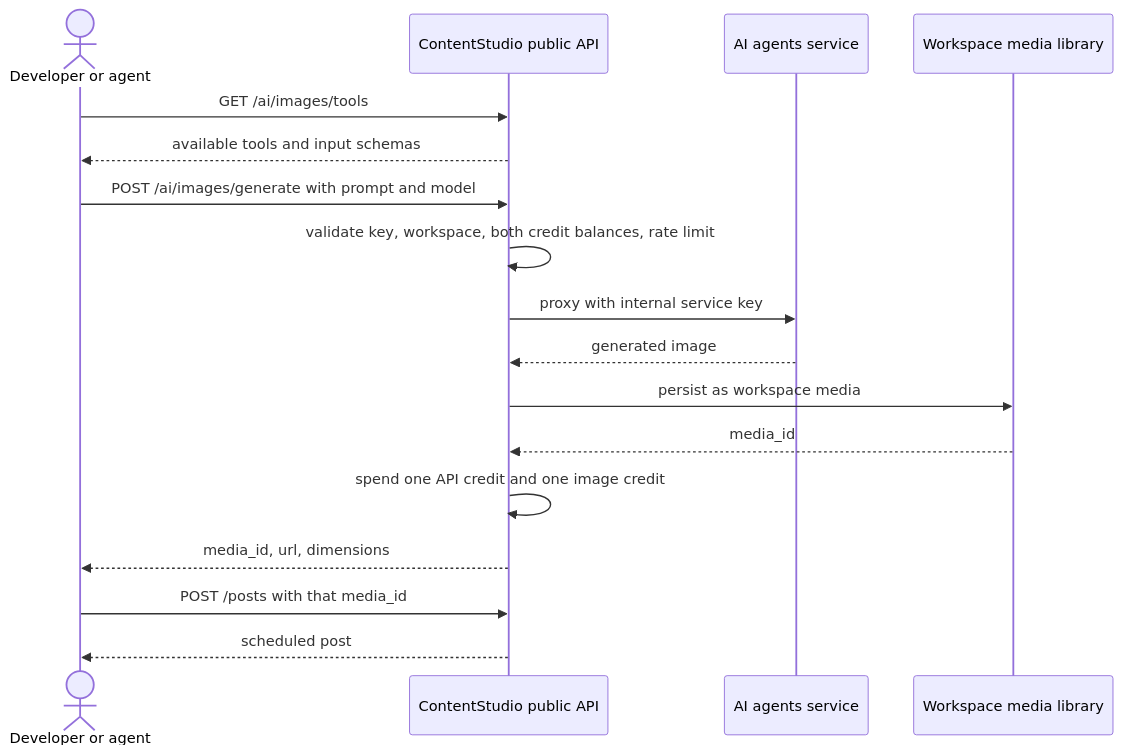
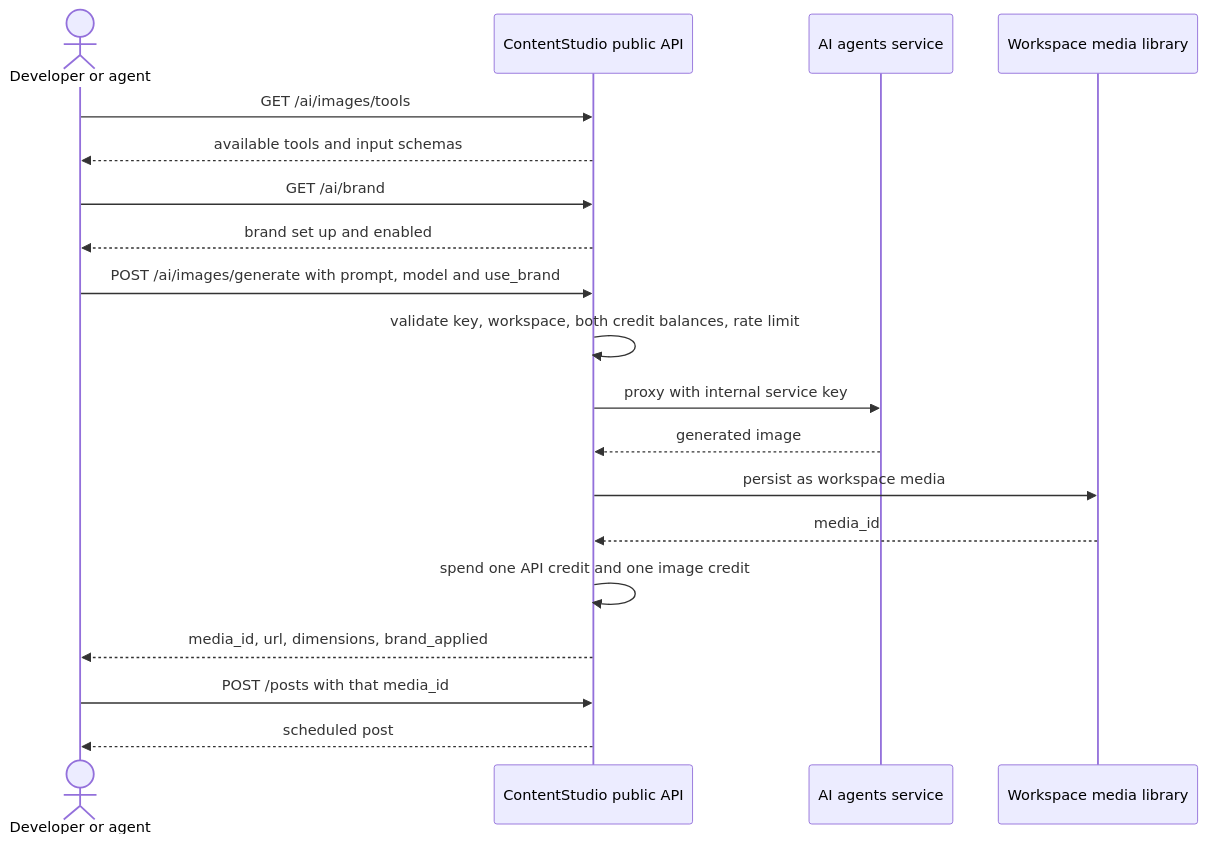
One commit to Ghulam-Jaffar/contentstudio-agentic-product-pipeline changed the diagram in docs/features/public-api-ai-image-generation/04-epic-and-stories.md. Above: the diagram before and after it, drawn with Mermaid. The commit also changed other lines of this file and 21 other files, not shown here.

````diff
--- a/docs/features/public-api-ai-image-generation/04-epic-and-stories.md
+++ b/docs/features/public-api-ai-image-generation/04-epic-and-stories.md
@@ -57,22 +61,25 @@
 ```mermaid
 sequenceDiagram
     actor Dev as Developer or agent
     participant API as ContentStudio public API
     participant AI as AI agents service
     participant Media as Workspace media library
 
     Dev->>API: GET /ai/images/tools
     API-->>Dev: available tools and input schemas
 
-    Dev->>API: POST /ai/images/generate with prompt and model
+    Dev->>API: GET /ai/brand
+    API-->>Dev: brand set up and enabled
+
+    Dev->>API: POST /ai/images/generate with prompt, model and use_brand
     API->>API: validate key, workspace, both credit balances, rate limit
     API->>AI: proxy with internal service key
     AI-->>API: generated image
     API->>Media: persist as workspace media
     Media-->>API: media_id
     API->>API: spend one API credit and one image credit
-    API-->>Dev: media_id, url, dimensions
+    API-->>Dev: media_id, url, dimensions, brand_applied
 
     Dev->>API: POST /posts with that media_id
     API-->>Dev: scheduled post
 ```
````
